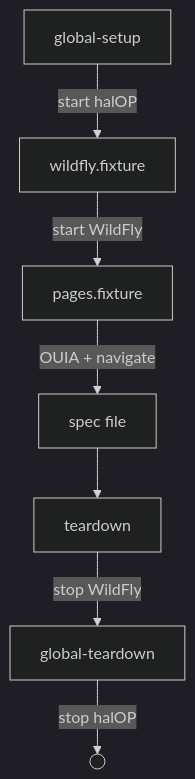
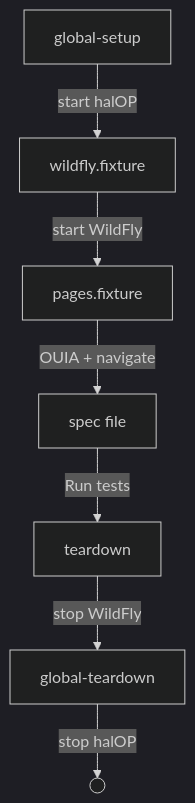
The first of 2 diagrams in docs/architecture.md (hal/dave), drawn with Mermaid (dark theme) before and after one commit. The commit also changed other lines of this file and 1 other file, not shown here.

````diff
--- a/docs/architecture.md
+++ b/docs/architecture.md
@@ -7,9 +7,9 @@
 ```mermaid
 flowchart TB
     gs["global-setup"] -->|start halOP| wf
     wf["wildfly.fixture"] -->|start WildFly| pf["pages.fixture"]
     pf -->|OUIA + navigate| spec["spec file"]
-    spec --> wd["teardown"]
+    spec -->|Run tests| wd["teardown"]
     wd -->|stop WildFly| gt["global-teardown"]
     gt -->|stop halOP| done(( ))
 ```
````
